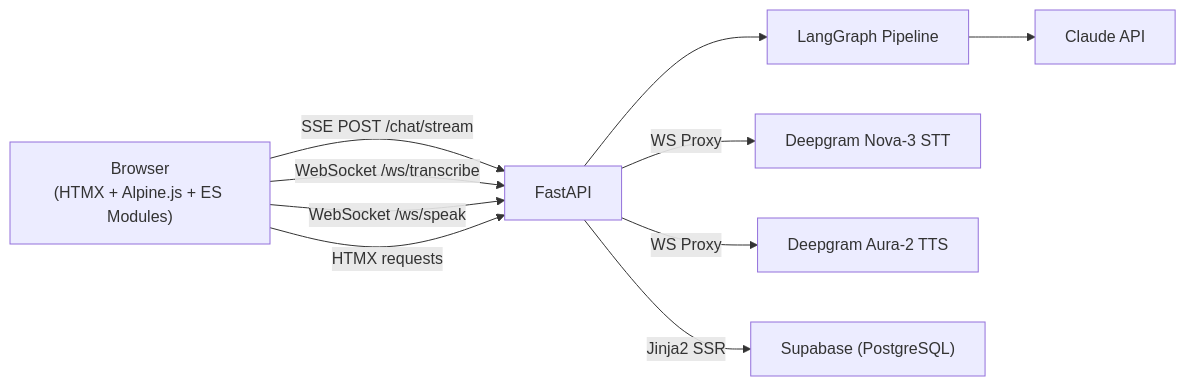
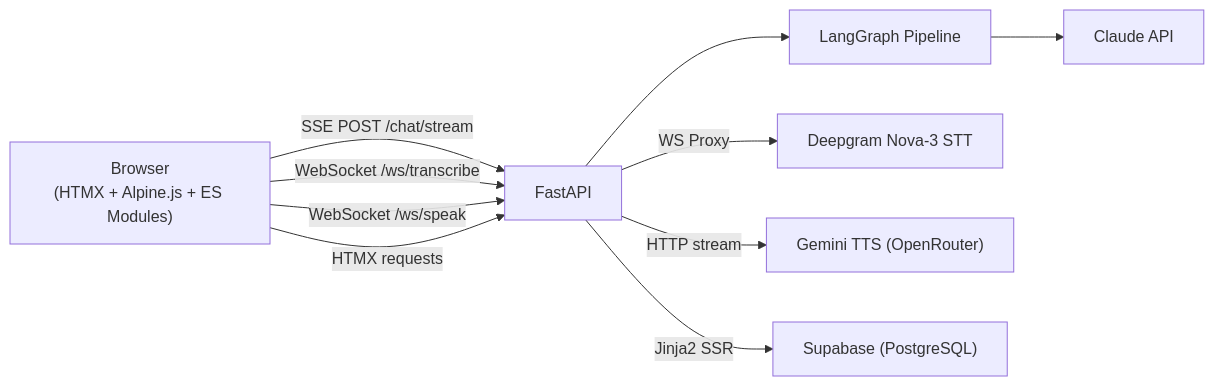
Before and after one commit to darth-dodo/habla-hermano: the first of 2 diagrams in README.md, drawn with Mermaid. The commit also changed other lines of this file and 14 other files, not shown here.

First line of the commit message:
feat(voice): replace Deepgram TTS with Gemini TTS via OpenRouter

````diff
--- a/README.md
+++ b/README.md
@@ -163,15 +163,15 @@
 ```mermaid
 graph LR
     B["Browser<br/>(HTMX + Alpine.js + ES Modules)"]
     F["FastAPI"]
     LG["LangGraph Pipeline"]
     C["Claude API"]
     DG_STT["Deepgram Nova-3 STT"]
-    DG_TTS["Deepgram Aura-2 TTS"]
+    TTS["Gemini TTS (OpenRouter)"]
     DB["Supabase (PostgreSQL)"]
 
     B -- "SSE POST /chat/stream" --> F --> LG --> C
     B -- "WebSocket /ws/transcribe" --> F -- "WS Proxy" --> DG_STT
-    B -- "WebSocket /ws/speak" --> F -- "WS Proxy" --> DG_TTS
+    B -- "WebSocket /ws/speak" --> F -- "HTTP stream" --> TTS
     B -- "HTMX requests" --> F -- "Jinja2 SSR" --> DB
 ```
````
